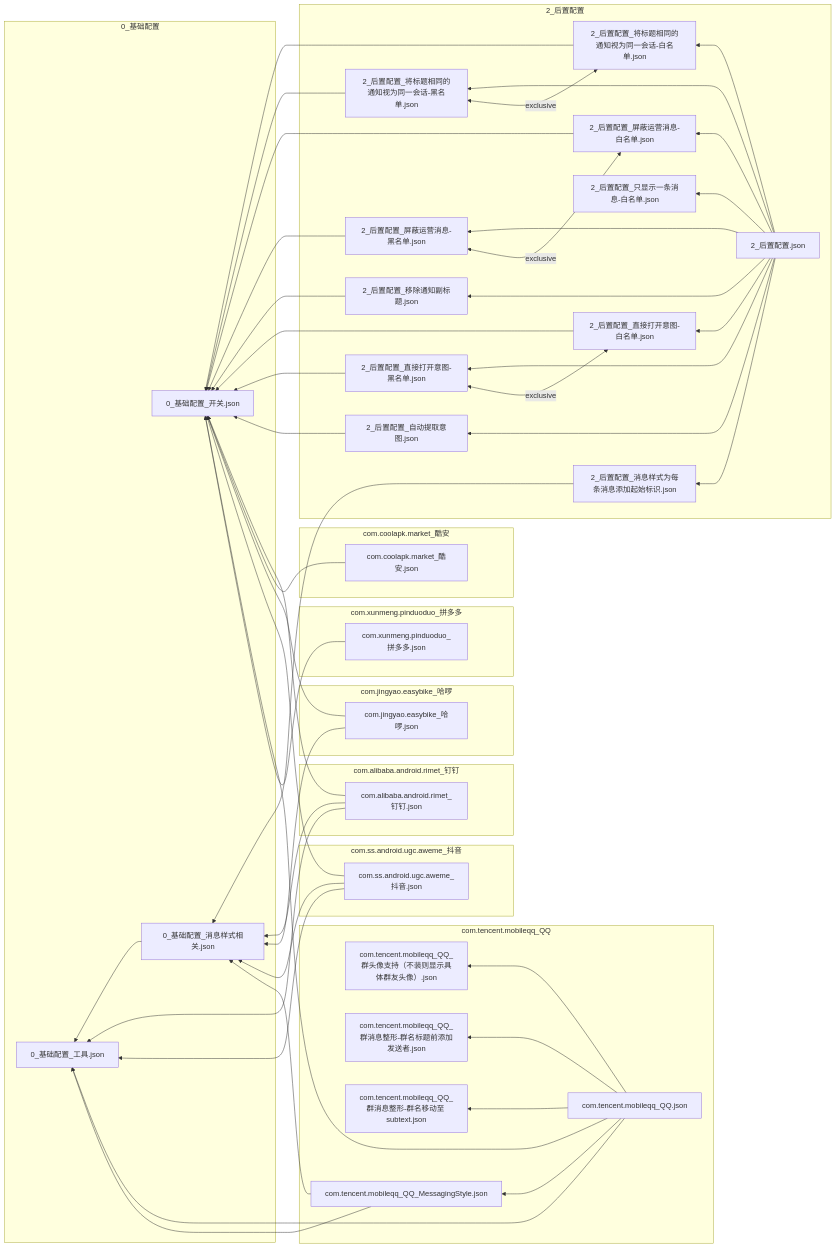
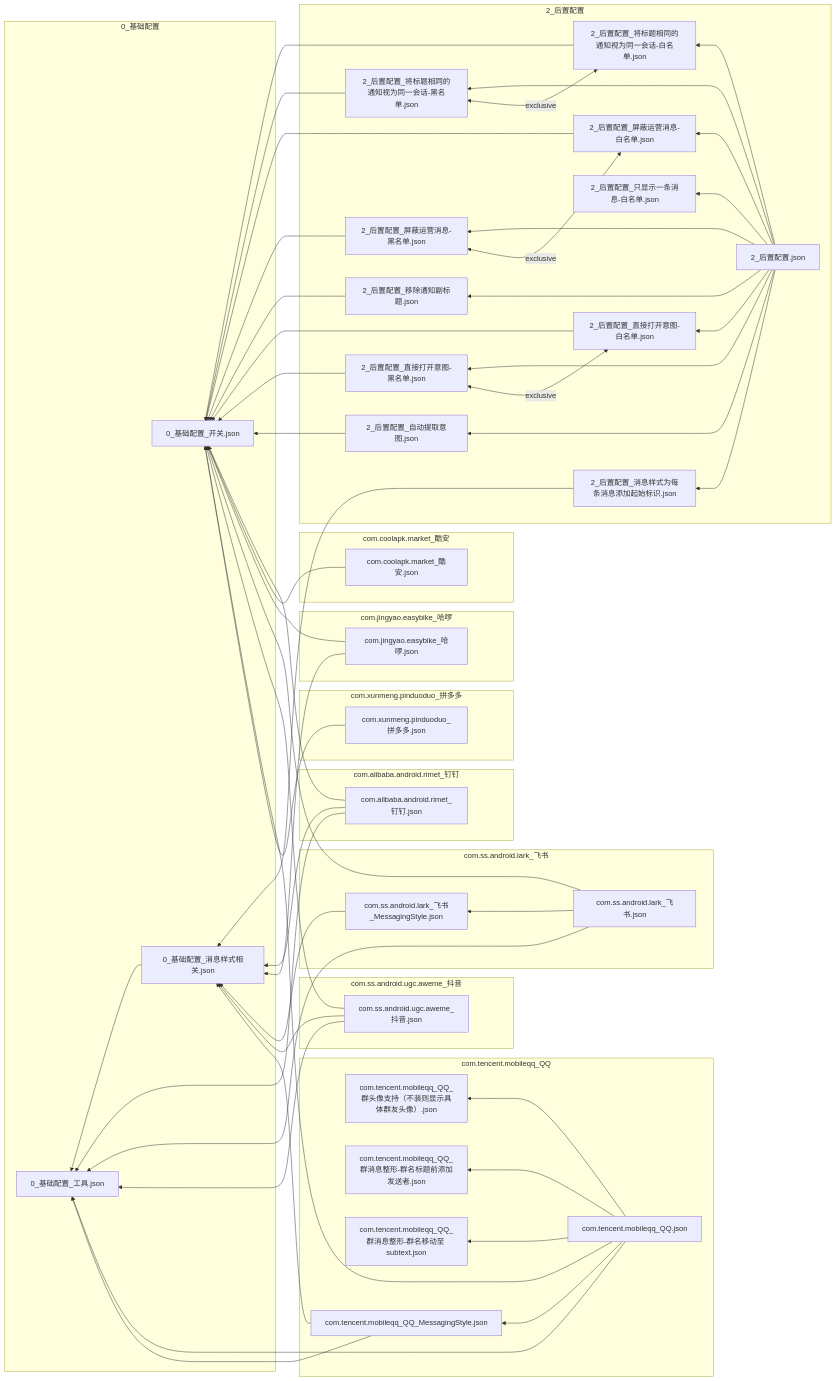
Before and after one commit to magisk317/MiPushConfigurations: the diagram in dependencies.md, drawn with Mermaid. The commit also changed 2 other files, not shown here.

Commit message:
飞书：会话概念修复、消息分类、头像支持、消息样式支持

````diff
--- a/dependencies.md
+++ b/dependencies.md
@@ -1,46 +1,50 @@
 ``` mermaid
 graph RL
 	subgraph 0_基础配置
 		479475383F0491508B3FC3001F85C8269165532DCD888EEE95ACAE0EFD0C9DEF["0_基础配置_工具.json"]
 		64CA1BAFD56122596A896ED9ACAC6301DAD3E47BC4E1F6650157CC8656332DB7["0_基础配置_开关.json"]
 		56F20600842C69DE11952BB308DDF2E234E46B866CCCE75155286E9A8C580A61["0_基础配置_消息样式相关.json"] --> 479475383F0491508B3FC3001F85C8269165532DCD888EEE95ACAE0EFD0C9DEF["0_基础配置_工具.json"]
 	end
 	subgraph 2_后置配置
 		CF1FF94665A8D125D2423F56FDF7D38CF6CB80A9702194C9182052A8EDD9B84F["2_后置配置.json"] --> BC119D699D1C22724B679147E360075F7311DC921A8B780B9A20750AD2BF8CE3["2_后置配置_移除通知副标题.json"] & D527F45F15BDD196E8CBE990ADBAFA93E36B1B763DFCD135EBA614D466B7493E["2_后置配置_消息样式为每条消息添加起始标识.json"] & C8ADC7C1E6F0FFA5F5302AE8955063633F68984F3FB30B563B4EB1D6CE8C3D27["2_后置配置_将标题相同的通知视为同一会话-白名单.json"] & A37D25B272E10D3FFCA277CF5B0CCA75D61016C03F2ED04820C21D2FD5F1C437["2_后置配置_将标题相同的通知视为同一会话-黑名单.json"] & C447EE860734DF6AA6A564BB3239AF0CFAAFE020018E0EF5496501D114BB6D16["2_后置配置_屏蔽运营消息-白名单.json"] & FB016B66093520C498AF13FFB20BBE3E1BD48890111E28D2968DEB22C21AA22A["2_后置配置_屏蔽运营消息-黑名单.json"] & B02672C1C00A5C2E2591E4E558836163D378C452BFEA8A1945C5BAEC4ED859FE["2_后置配置_只显示一条消息-白名单.json"] & BE0DE28646BA00CEBF099751C6566F3AB5B08DD5DE0C2FC3C4C62AF08D4F4CAB["2_后置配置_自动提取意图.json"] & 0BB6031DECF356C7682C7E4DB8840825EC906C42091672812CDFD24E1A1CE877["2_后置配置_直接打开意图-白名单.json"] & FBEB52252E05CB53C3B59F41F43CF5C5F4BA89FD5D89ED91DF81F90026DD6C50["2_后置配置_直接打开意图-黑名单.json"]
 		C8ADC7C1E6F0FFA5F5302AE8955063633F68984F3FB30B563B4EB1D6CE8C3D27["2_后置配置_将标题相同的通知视为同一会话-白名单.json"] --> 64CA1BAFD56122596A896ED9ACAC6301DAD3E47BC4E1F6650157CC8656332DB7["0_基础配置_开关.json"]
 		A37D25B272E10D3FFCA277CF5B0CCA75D61016C03F2ED04820C21D2FD5F1C437["2_后置配置_将标题相同的通知视为同一会话-黑名单.json"] --> 64CA1BAFD56122596A896ED9ACAC6301DAD3E47BC4E1F6650157CC8656332DB7["0_基础配置_开关.json"]
 		C447EE860734DF6AA6A564BB3239AF0CFAAFE020018E0EF5496501D114BB6D16["2_后置配置_屏蔽运营消息-白名单.json"] --> 64CA1BAFD56122596A896ED9ACAC6301DAD3E47BC4E1F6650157CC8656332DB7["0_基础配置_开关.json"]
 		FB016B66093520C498AF13FFB20BBE3E1BD48890111E28D2968DEB22C21AA22A["2_后置配置_屏蔽运营消息-黑名单.json"] --> 64CA1BAFD56122596A896ED9ACAC6301DAD3E47BC4E1F6650157CC8656332DB7["0_基础配置_开关.json"]
 		D527F45F15BDD196E8CBE990ADBAFA93E36B1B763DFCD135EBA614D466B7493E["2_后置配置_消息样式为每条消息添加起始标识.json"] --> 56F20600842C69DE11952BB308DDF2E234E46B866CCCE75155286E9A8C580A61["0_基础配置_消息样式相关.json"]
 		BC119D699D1C22724B679147E360075F7311DC921A8B780B9A20750AD2BF8CE3["2_后置配置_移除通知副标题.json"] --> 64CA1BAFD56122596A896ED9ACAC6301DAD3E47BC4E1F6650157CC8656332DB7["0_基础配置_开关.json"]
 		0BB6031DECF356C7682C7E4DB8840825EC906C42091672812CDFD24E1A1CE877["2_后置配置_直接打开意图-白名单.json"] --> 64CA1BAFD56122596A896ED9ACAC6301DAD3E47BC4E1F6650157CC8656332DB7["0_基础配置_开关.json"]
 		FBEB52252E05CB53C3B59F41F43CF5C5F4BA89FD5D89ED91DF81F90026DD6C50["2_后置配置_直接打开意图-黑名单.json"] --> 64CA1BAFD56122596A896ED9ACAC6301DAD3E47BC4E1F6650157CC8656332DB7["0_基础配置_开关.json"]
 		B02672C1C00A5C2E2591E4E558836163D378C452BFEA8A1945C5BAEC4ED859FE["2_后置配置_只显示一条消息-白名单.json"]
 		BE0DE28646BA00CEBF099751C6566F3AB5B08DD5DE0C2FC3C4C62AF08D4F4CAB["2_后置配置_自动提取意图.json"] --> 64CA1BAFD56122596A896ED9ACAC6301DAD3E47BC4E1F6650157CC8656332DB7["0_基础配置_开关.json"]
 	end
 	subgraph com.alibaba.android.rimet_钉钉
 		8A0FD2B314F8E0F6C28C483310BC44C467518347F45D447F0D8B5E608B4DB769["com.alibaba.android.rimet_钉钉.json"] --> 479475383F0491508B3FC3001F85C8269165532DCD888EEE95ACAE0EFD0C9DEF["0_基础配置_工具.json"] & 56F20600842C69DE11952BB308DDF2E234E46B866CCCE75155286E9A8C580A61["0_基础配置_消息样式相关.json"] & 64CA1BAFD56122596A896ED9ACAC6301DAD3E47BC4E1F6650157CC8656332DB7["0_基础配置_开关.json"]
 	end
 	subgraph com.coolapk.market_酷安
 		D474A8B67EA765F9F136FE8FC195922AD2EB48B9CE87FC4E7F490DC6CD09AFA7["com.coolapk.market_酷安.json"] --> 64CA1BAFD56122596A896ED9ACAC6301DAD3E47BC4E1F6650157CC8656332DB7["0_基础配置_开关.json"]
 	end
 	subgraph com.jingyao.easybike_哈啰
 		9759AAE197B280E66663FD143F5A8FB0FF9F794CC65E47957068750616AFAC3E["com.jingyao.easybike_哈啰.json"] --> 56F20600842C69DE11952BB308DDF2E234E46B866CCCE75155286E9A8C580A61["0_基础配置_消息样式相关.json"] & 64CA1BAFD56122596A896ED9ACAC6301DAD3E47BC4E1F6650157CC8656332DB7["0_基础配置_开关.json"]
 	end
+	subgraph com.ss.android.lark_飞书
+		29C5F0BB754C6096CDDC17BBD35C8230F287EC3F7C940EED80DD46F1F3E70DBF["com.ss.android.lark_飞书.json"] --> 479475383F0491508B3FC3001F85C8269165532DCD888EEE95ACAE0EFD0C9DEF["0_基础配置_工具.json"] & 64CA1BAFD56122596A896ED9ACAC6301DAD3E47BC4E1F6650157CC8656332DB7["0_基础配置_开关.json"] & 8C0BCC4176D958FF8A5A332B9F2C78966902FB11F7295232601C81E52FDBF681["com.ss.android.lark_飞书_MessagingStyle.json"]
+		8C0BCC4176D958FF8A5A332B9F2C78966902FB11F7295232601C81E52FDBF681["com.ss.android.lark_飞书_MessagingStyle.json"] --> 56F20600842C69DE11952BB308DDF2E234E46B866CCCE75155286E9A8C580A61["0_基础配置_消息样式相关.json"]
+	end
 	subgraph com.ss.android.ugc.aweme_抖音
 		A38443AB7D8A27909BF68857A43B326D3FBCB95369DFB321793217ACE26DC899["com.ss.android.ugc.aweme_抖音.json"] --> 479475383F0491508B3FC3001F85C8269165532DCD888EEE95ACAE0EFD0C9DEF["0_基础配置_工具.json"] & 64CA1BAFD56122596A896ED9ACAC6301DAD3E47BC4E1F6650157CC8656332DB7["0_基础配置_开关.json"] & 56F20600842C69DE11952BB308DDF2E234E46B866CCCE75155286E9A8C580A61["0_基础配置_消息样式相关.json"]
 	end
 	subgraph com.tencent.mobileqq_QQ
 		C48DD58A69BE1EA93C8925D900F2E839A39E3CB2CEA54C1EBF825330B5C34A47["com.tencent.mobileqq_QQ.json"] --> 479475383F0491508B3FC3001F85C8269165532DCD888EEE95ACAE0EFD0C9DEF["0_基础配置_工具.json"] & C987691EF08D6734082BA098238AD2823A85601E00D99ACFC91A7993CA5AECE1["com.tencent.mobileqq_QQ_群头像支持（不装则显示具体群友头像）.json"] & 64CA1BAFD56122596A896ED9ACAC6301DAD3E47BC4E1F6650157CC8656332DB7["0_基础配置_开关.json"] & F712B0B81C54964F664BD3EE8626AFB5AABAC90C3E4D8124E74B13FA3957DB1B["com.tencent.mobileqq_QQ_群消息整形-群名标题前添加发送者.json"] & D4FBC62701D505CB943309575D315FF58A052495BCF6F7ABF64AA526ACDA4137["com.tencent.mobileqq_QQ_群消息整形-群名移动至 subtext.json"] & D12D87813F6268AD3A037397B929B953A341E73125516AB9C673695A15D21149["com.tencent.mobileqq_QQ_MessagingStyle.json"]
 		D12D87813F6268AD3A037397B929B953A341E73125516AB9C673695A15D21149["com.tencent.mobileqq_QQ_MessagingStyle.json"] --> 479475383F0491508B3FC3001F85C8269165532DCD888EEE95ACAE0EFD0C9DEF["0_基础配置_工具.json"] & 56F20600842C69DE11952BB308DDF2E234E46B866CCCE75155286E9A8C580A61["0_基础配置_消息样式相关.json"]
 		C987691EF08D6734082BA098238AD2823A85601E00D99ACFC91A7993CA5AECE1["com.tencent.mobileqq_QQ_群头像支持（不装则显示具体群友头像）.json"]
 		F712B0B81C54964F664BD3EE8626AFB5AABAC90C3E4D8124E74B13FA3957DB1B["com.tencent.mobileqq_QQ_群消息整形-群名标题前添加发送者.json"]
 		D4FBC62701D505CB943309575D315FF58A052495BCF6F7ABF64AA526ACDA4137["com.tencent.mobileqq_QQ_群消息整形-群名移动至 subtext.json"]
 	end
 	subgraph com.xunmeng.pinduoduo_拼多多
 		3EE966FD60FD83B89D68BCB9A9F81B95F52DC9EA2A1FC8A3E0A1B3F01A2A30EE["com.xunmeng.pinduoduo_拼多多.json"] --> 64CA1BAFD56122596A896ED9ACAC6301DAD3E47BC4E1F6650157CC8656332DB7["0_基础配置_开关.json"]
 	end
+	C8ADC7C1E6F0FFA5F5302AE8955063633F68984F3FB30B563B4EB1D6CE8C3D27["2_后置配置_将标题相同的通知视为同一会话-白名单.json"] <-- exclusive --> A37D25B272E10D3FFCA277CF5B0CCA75D61016C03F2ED04820C21D2FD5F1C437["2_后置配置_将标题相同的通知视为同一会话-黑名单.json"]
 	0BB6031DECF356C7682C7E4DB8840825EC906C42091672812CDFD24E1A1CE877["2_后置配置_直接打开意图-白名单.json"] <-- exclusive --> FBEB52252E05CB53C3B59F41F43CF5C5F4BA89FD5D89ED91DF81F90026DD6C50["2_后置配置_直接打开意图-黑名单.json"]
 	C447EE860734DF6AA6A564BB3239AF0CFAAFE020018E0EF5496501D114BB6D16["2_后置配置_屏蔽运营消息-白名单.json"] <-- exclusive --> FB016B66093520C498AF13FFB20BBE3E1BD48890111E28D2968DEB22C21AA22A["2_后置配置_屏蔽运营消息-黑名单.json"]
-	C8ADC7C1E6F0FFA5F5302AE8955063633F68984F3FB30B563B4EB1D6CE8C3D27["2_后置配置_将标题相同的通知视为同一会话-白名单.json"] <-- exclusive --> A37D25B272E10D3FFCA277CF5B0CCA75D61016C03F2ED04820C21D2FD5F1C437["2_后置配置_将标题相同的通知视为同一会话-黑名单.json"]
 ```
````
